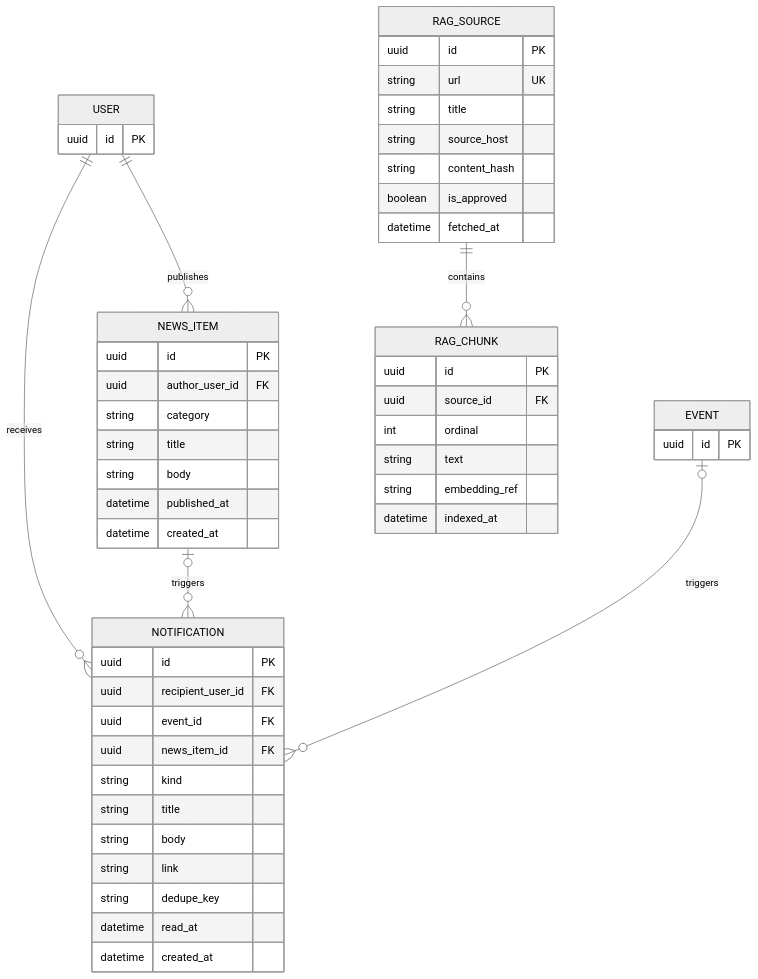
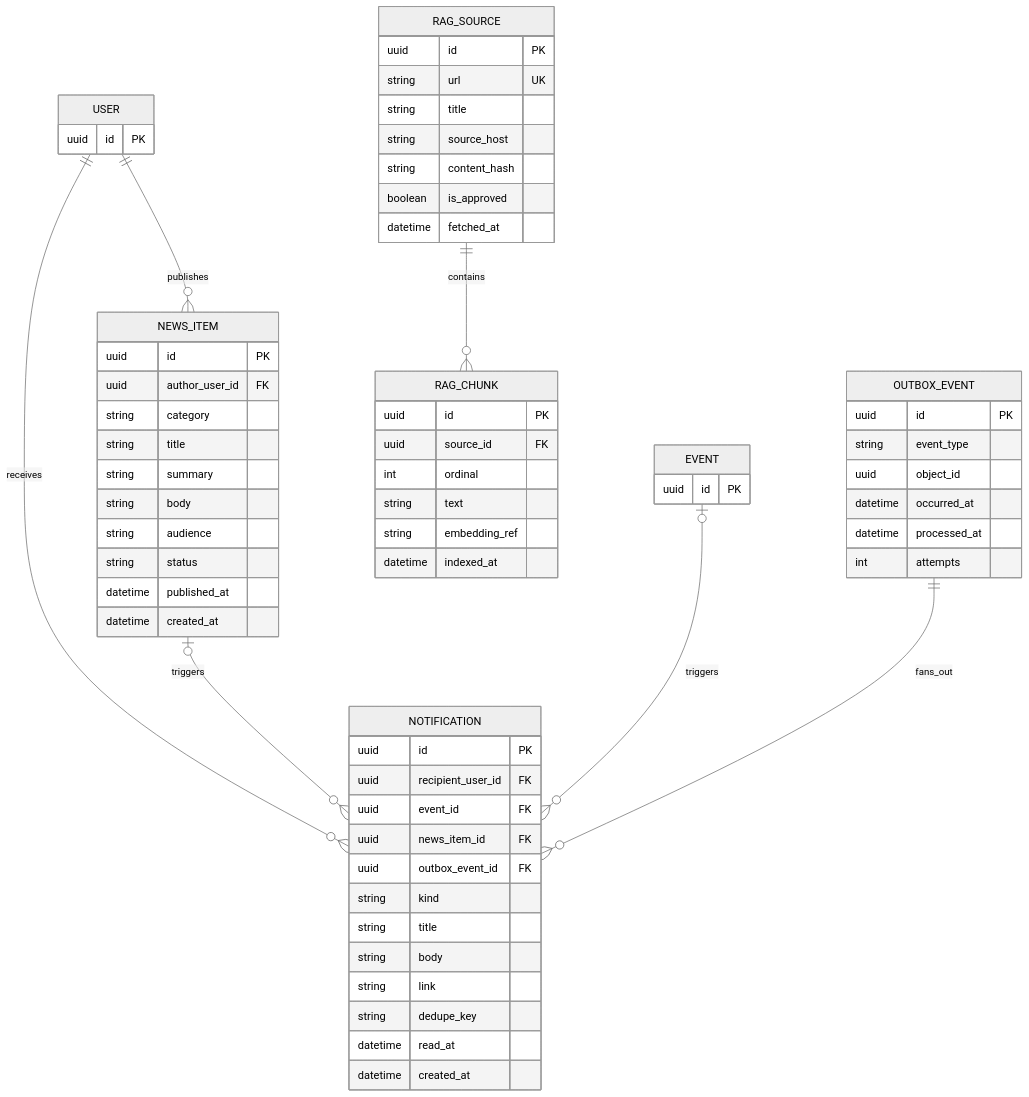
Before and after one commit to anindya357/UniCircle: the fourth of 4 diagrams in docs/design/ERD.md, drawn with Mermaid (neutral theme). The commit also changed other lines of this file and 12 other files, not shown here.

Commit message:
Add UniCircle architecture and workflow design diagrams

````diff
--- a/docs/design/ERD.md
+++ b/docs/design/ERD.md
@@ -281,54 +327,67 @@
 ```mermaid
 erDiagram
     USER ||--o{ NEWS_ITEM : publishes
     USER ||--o{ NOTIFICATION : receives
     NEWS_ITEM o|--o{ NOTIFICATION : triggers
     EVENT o|--o{ NOTIFICATION : triggers
     RAG_SOURCE ||--o{ RAG_CHUNK : contains
+    OUTBOX_EVENT ||--o{ NOTIFICATION : fans_out
 
     USER {
         uuid id PK
     }
     EVENT {
         uuid id PK
     }
     NEWS_ITEM {
         uuid id PK
         uuid author_user_id FK
         string category
         string title
+        string summary
         string body
+        string audience
+        string status
         datetime published_at
         datetime created_at
     }
     NOTIFICATION {
         uuid id PK
         uuid recipient_user_id FK
         uuid event_id FK
         uuid news_item_id FK
+        uuid outbox_event_id FK
         string kind
         string title
         string body
         string link
         string dedupe_key
         datetime read_at
         datetime created_at
+    }
+    OUTBOX_EVENT {
+        uuid id PK
+        string event_type
+        uuid object_id
+        datetime occurred_at
+        datetime processed_at
+        int attempts
     }
     RAG_SOURCE {
         uuid id PK
         string url UK
         string title
         string source_host
         string content_hash
         boolean is_approved
         datetime fetched_at
     }
     RAG_CHUNK {
         uuid id PK
         uuid source_id FK
         int ordinal
         string text
         string embedding_ref
         datetime indexed_at
     }
 ```
````
